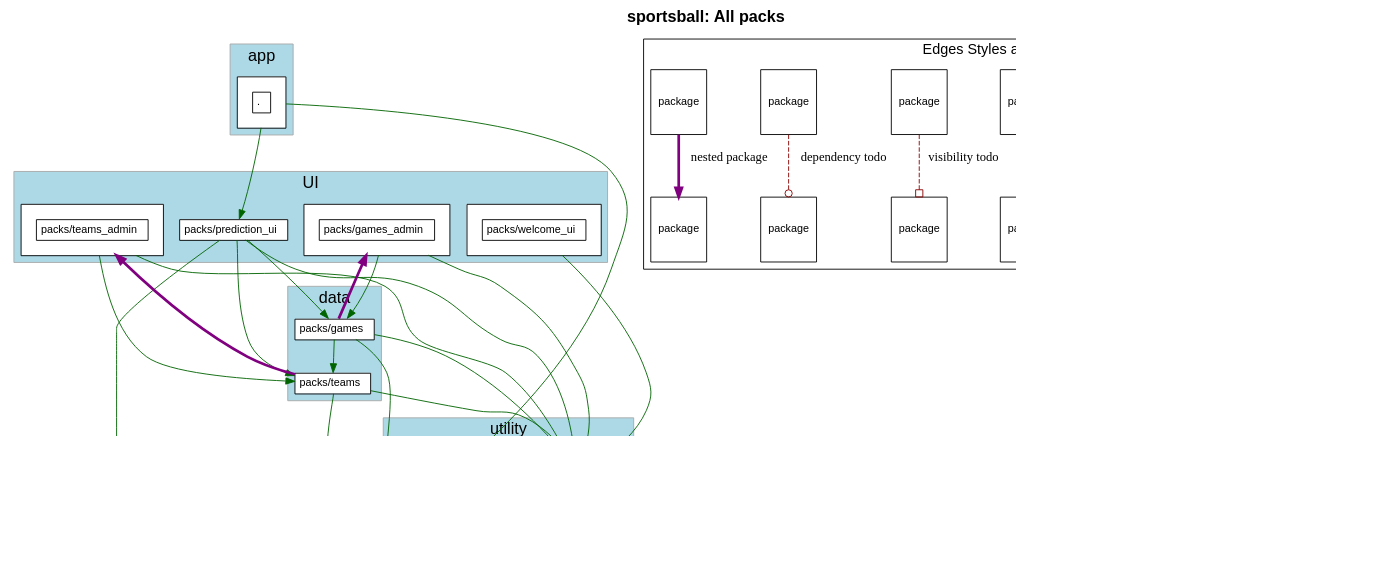
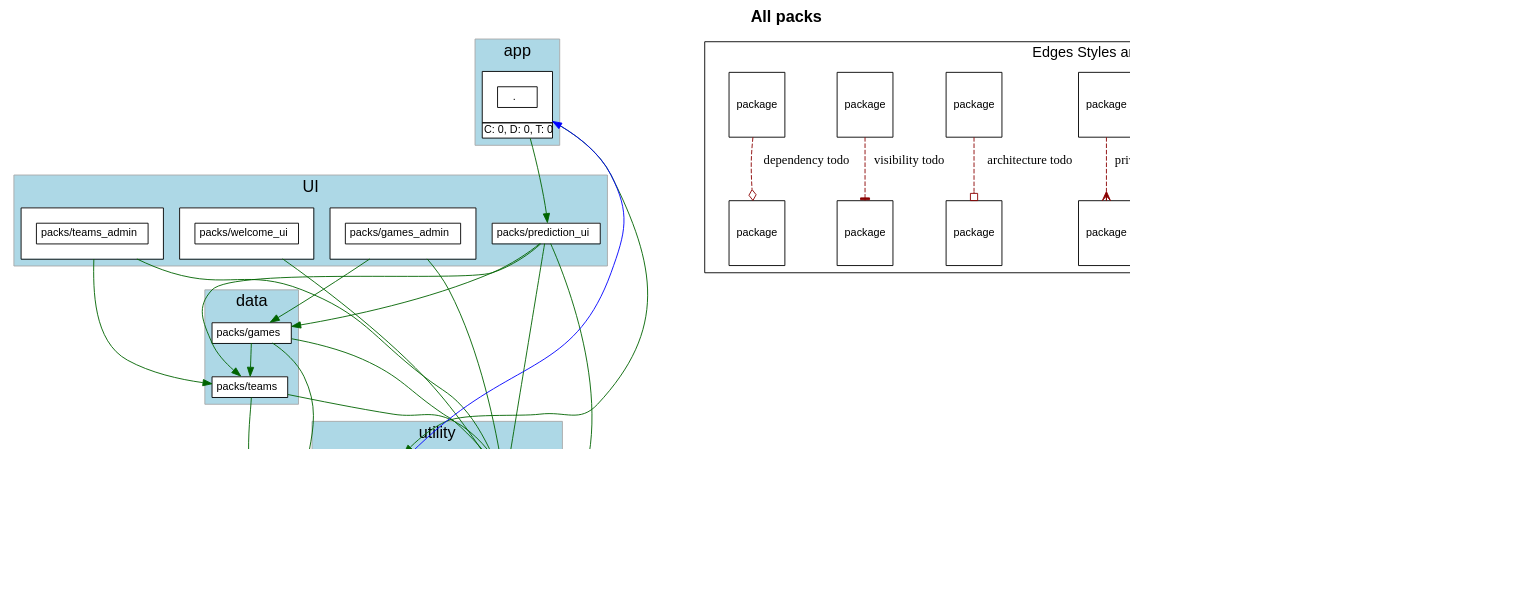
One commit to shageman/package-based-rails-applications-book changed the diagram in c6s02/sportsball/diagrams/all_packs.dot. Above: the diagram before and after it, drawn with Graphviz. The commit also changed 6963 other files, not shown here.

```diff
--- a/c6s02/sportsball/diagrams/all_packs.dot
+++ b/c6s02/sportsball/diagrams/all_packs.dot
@@ -5,7 +5,7 @@
     fontname="Helvetica,Arial,sans-serif"
     dpi=100
     layout=dot
-    label=<<b>sportsball: All packs</b>>
+    label=<<b>All packs</b>>
     fontsize=18
   ]
   node [
@@ -32,7 +32,9 @@
                   <table border='0' cellborder='1' cellspacing='0' cellpadding='4'>
                     <tr> <td port='private'> . </td> </tr>
                   </table>
-                </td></tr></table>
+                  </td></tr>
+                  <tr><td CELLPADDING='1' ALIGN='RIGHT'>C: 0, D: 0, T: 0</td></tr>
+                  </table>
               >
           ]
         
@@ -51,7 +53,8 @@
                   <table border='0' cellborder='1' cellspacing='0' cellpadding='4'>
                     <tr> <td port='private'> packs/games_admin </td> </tr>
                   </table>
-                </td></tr></table>
+                  </td></tr>
+                  </table>
               >
           ]
         
@@ -71,7 +74,8 @@
                   <table border='0' cellborder='1' cellspacing='0' cellpadding='4'>
                     <tr> <td port='private'> packs/teams_admin </td> </tr>
                   </table>
-                </td></tr></table>
+                  </td></tr>
+                  </table>
               >
           ]
         
@@ -82,7 +86,8 @@
                   <table border='0' cellborder='1' cellspacing='0' cellpadding='4'>
                     <tr> <td port='private'> packs/welcome_ui </td> </tr>
                   </table>
-                </td></tr></table>
+                  </td></tr>
+                  </table>
               >
           ]
         
@@ -139,7 +144,9 @@
                   <table border='0' cellborder='1' cellspacing='0' cellpadding='4'>
                     <tr> <td port='private'> packs/predictor </td> </tr>
                   </table>
-                </td></tr></table>
+                  </td></tr>
+                  <tr><td CELLPADDING='1' ALIGN='RIGHT'>D: 0, R: 0, T: 0</td></tr>
+                  </table>
               >
           ]
         
@@ -150,7 +157,8 @@
                   <table border='0' cellborder='1' cellspacing='0' cellpadding='4'>
                     <tr> <td port='private'> packs/predictor_interface </td> </tr>
                   </table>
-                </td></tr></table>
+                  </td></tr>
+                  </table>
               >
           ]
         
@@ -194,36 +202,40 @@
           "packs/teams_admin" -> "packs/rails_shims" [ color=darkgreen ]
           "packs/teams_admin" -> "packs/teams" [ color=darkgreen ]
           "packs/welcome_ui" -> "packs/rails_shims" [ color=darkgreen ]
-        "packs/games" -> "packs/games_admin" [ color=purple penwidth=3 ]
-        "packs/predictor" -> "packs/predictor_interface" [ color=purple penwidth=3 ]
-        "packs/teams" -> "packs/teams_admin" [ color=purple penwidth=3 ]
-  subgraph cluster_legend {
-    fontsize=16
-    label="Edges Styles and Arrow Heads"
-    A [ fontsize=12 shape=box label="package"]
-    B [ fontsize=12 shape=box label="package"]
-    C [ fontsize=12 shape=box label="package"]
-    D [ fontsize=12 shape=box label="package"]
-    E [ fontsize=12 shape=box label="package"]
-    F [ fontsize=12 shape=box label="package"]
-    G [ fontsize=12 shape=box label="package"]
-    H [ fontsize=12 shape=box label="package"]
-    I [ fontsize=12 shape=box label="package"]
-    J [ fontsize=12 shape=box label="package"]
-    K [ fontsize=12 shape=box label="package"]
-    L [ fontsize=12 shape=box label="package"]
-    A -> B [label="accepted dependency" color=darkgreen]
-    C -> D [label="privac todo" color=darkred style=dashed arrowhead=crow]
-    E -> F [label="architecture todo" color=darkred style=dashed arrowhead=invodot]
-    G -> H [label="visibility todo" color=darkred style=dashed arrowhead=obox]
-    I -> J [label="dependency todo" color=darkred style=dashed arrowhead=odot]
-    K -> L [label="nested package" color=purple penwidth=3]
-  }
+        "packs/predictor" -> "." [ color=blue constraint=false ]
+    subgraph cluster_legend {
+      fontsize=16
+      label="Edges Styles and Arrow Heads"
+      A [ fontsize=12 shape=box label="package"]
+      B [ fontsize=12 shape=box label="package"]
+      A -> B [label="accepted dependency" color=darkgreen]
+      K [ fontsize=12 shape=box label="package"]
+      L [ fontsize=12 shape=box label="package"]
+      K -> L [label="nested package" color=purple]
+      M [ fontsize=12 shape=box label="package"]
+      N [ fontsize=12 shape=box label="package"]
+      M -> N [label="visibile to" color=blue]
+      C [ fontsize=12 shape=box label="package"]
+      D [ fontsize=12 shape=box label="package"]
+      C -> D [label="privacy todo" color=darkred style=dashed arrowhead=crow]
+      E [ fontsize=12 shape=box label="package"]
+      F [ fontsize=12 shape=box label="package"]
+      E -> F [label="architecture todo" color=darkred style=dashed arrowhead=obox]
+      G [ fontsize=12 shape=box label="package"]
+      H [ fontsize=12 shape=box label="package"]
+      G -> H [label="visibility todo" color=darkred style=dashed arrowhead=tee]
+      I [ fontsize=12 shape=box label="package"]
+      J [ fontsize=12 shape=box label="package"]
+      I -> J [label="dependency todo" color=darkred style=dashed arrowhead=odiamond]
+      LEGEND_NODE_1 [ label="" peripheries=0 height=0 width=0 style=invis ]
+      LEGEND_NODE_2 [ label="" peripheries=0 height=0 width=0 style=invis ]
+      LEGEND_NODE_1 -> LEGEND_NODE_2 [ style=invis ]
+    }
   subgraph cluster_teams_legend {
     fontsize=16
     label="Team Colors"
 
 
   }
-  J -> "" [style=invis]
+    LEGEND_NODE_2 -> "" [style=invis]
 }
```
